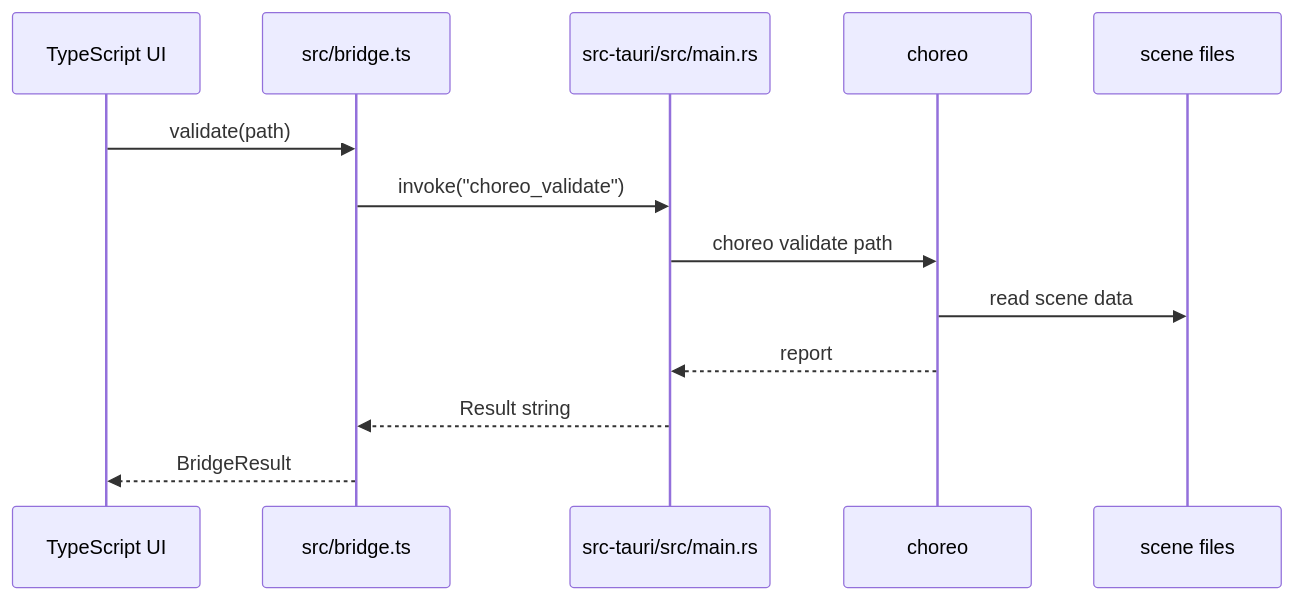
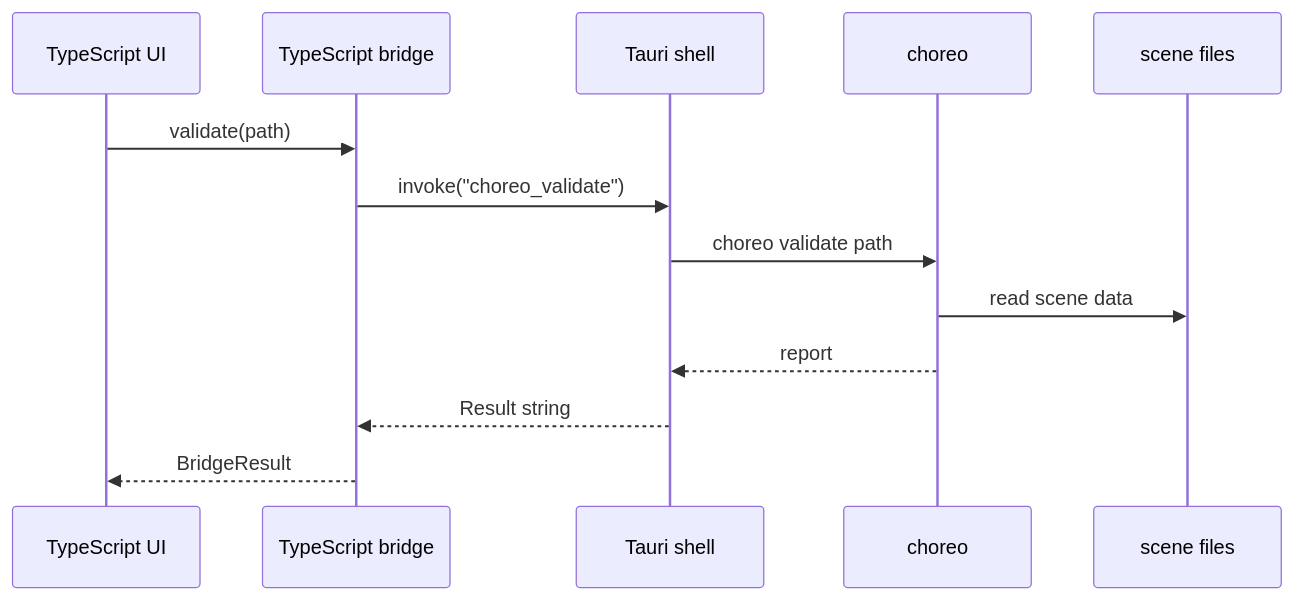
The fourth of 6 diagrams in src/content/docs/pages/leitmotif/architecture.md (soulwax/EchoWiki), drawn with Mermaid before and after one commit. The commit also changed other lines of this file and 28 other files, not shown here.

Commit message:
docs: deepen architecture wiki and automate audits

````diff
--- a/src/content/docs/pages/leitmotif/architecture.md
+++ b/src/content/docs/pages/leitmotif/architecture.md
@@ -88,16 +88,16 @@
 ```mermaid
 sequenceDiagram
     participant UI as TypeScript UI
-    participant Bridge as src/bridge.ts
-    participant Tauri as src-tauri/src/main.rs
+    participant Bridge as TypeScript bridge
+    participant Tauri as Tauri shell
     participant CLI as choreo
     participant Files as scene files
 
     UI->>Bridge: validate(path)
     Bridge->>Tauri: invoke("choreo_validate")
     Tauri->>CLI: choreo validate path
     CLI->>Files: read scene data
     CLI-->>Tauri: report
     Tauri-->>Bridge: Result string
     Bridge-->>UI: BridgeResult
 ```
````
